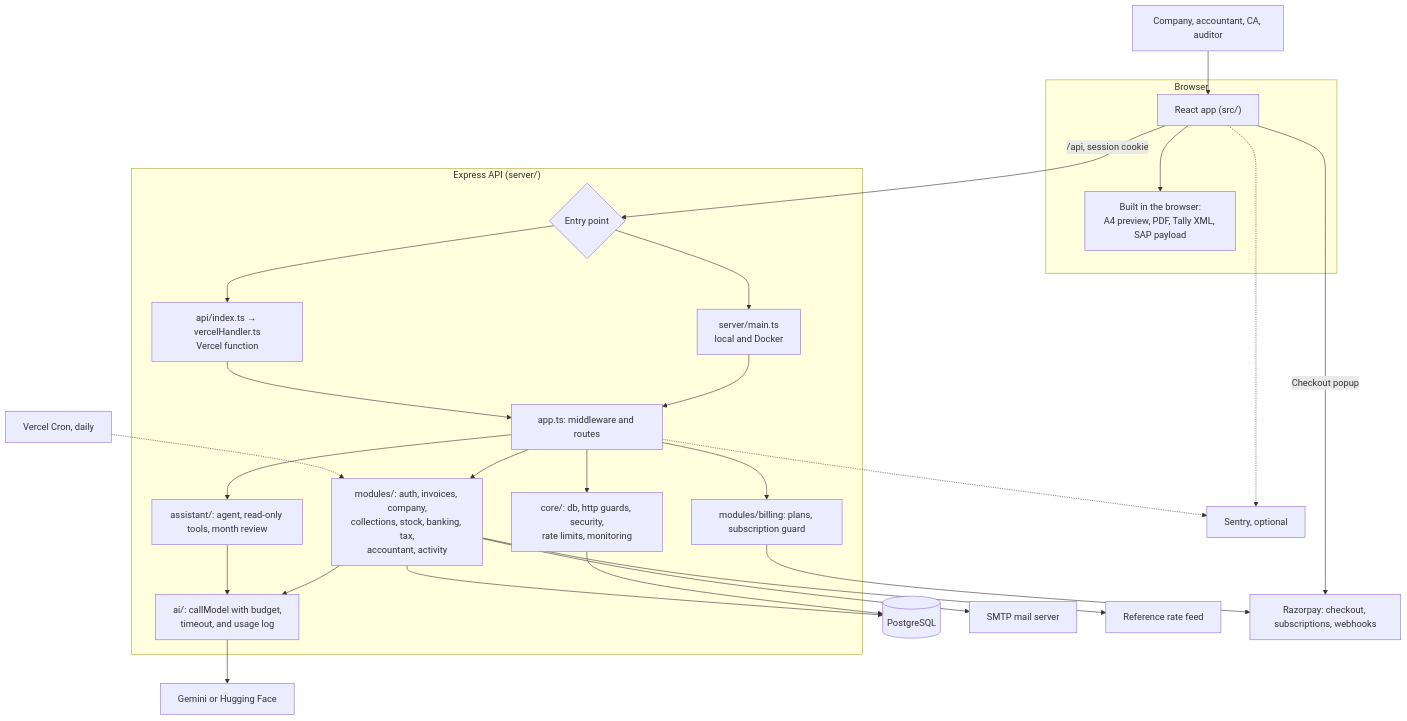
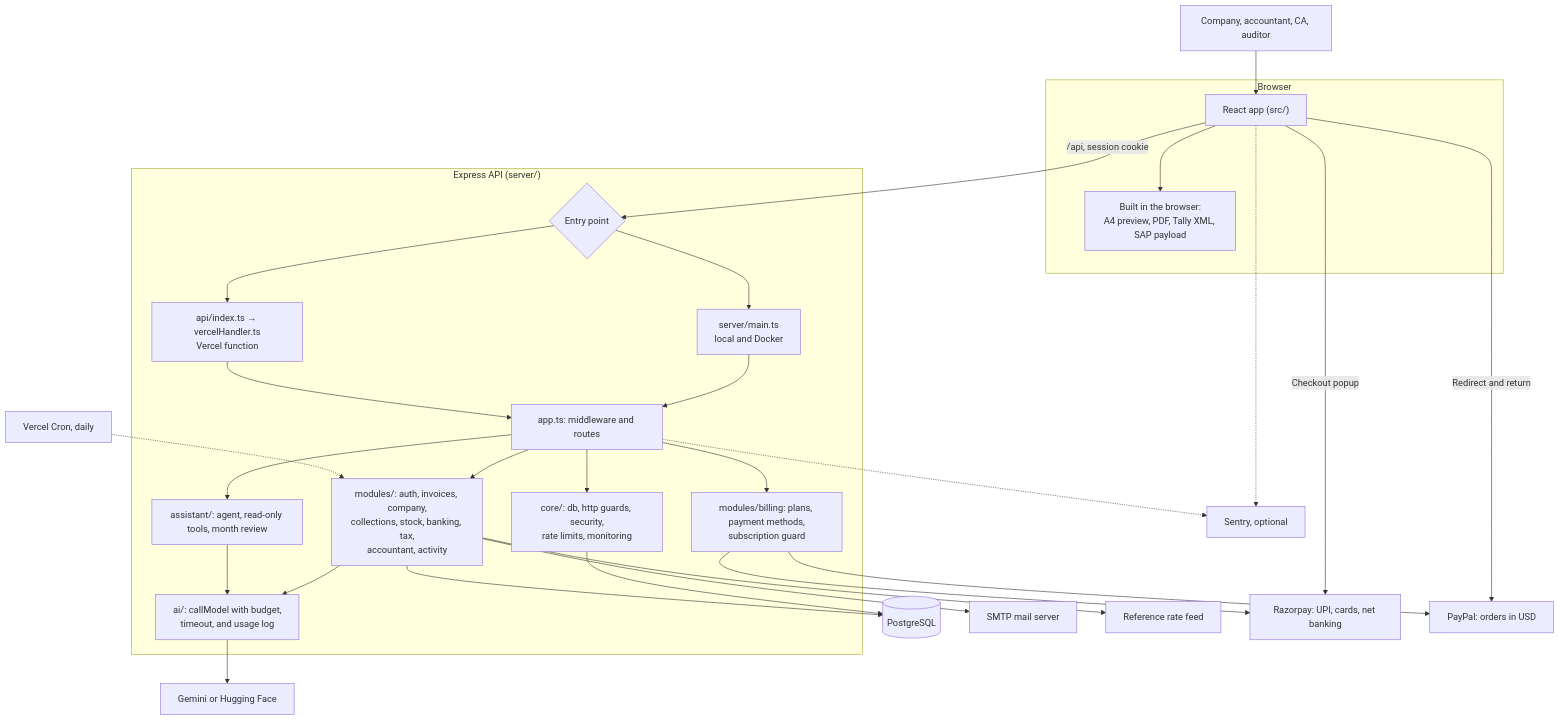
Before and after one commit to ladkrutarth/diamledger: the first of 7 diagrams in README.md, drawn with Mermaid. The commit also changed other lines of this file and 25 other files, not shown here.

````diff
--- a/README.md
+++ b/README.md
@@ -94,38 +98,40 @@
 ```mermaid
 flowchart TB
   user["Company, accountant, CA, auditor"] --> spa
 
   subgraph Browser
     spa["React app (src/)"]
     files["Built in the browser:<br/>A4 preview, PDF, Tally XML, SAP payload"]
     spa --> files
   end
 
   spa -- "/api, session cookie" --> entry
 
   subgraph Server["Express API (server/)"]
     entry{"Entry point"}
     entry --> local["server/main.ts<br/>local and Docker"]
     entry --> vercel["api/index.ts → vercelHandler.ts<br/>Vercel function"]
     local --> app
     vercel --> app
     app["app.ts: middleware and routes"]
     app --> core["core/: db, http guards, security,<br/>rate limits, monitoring"]
     app --> modules["modules/: auth, invoices, company,<br/>collections, stock, banking, tax,<br/>accountant, activity"]
     app --> assistant["assistant/: agent, read-only tools, month review"]
-    app --> billing["modules/billing: plans, subscription guard"]
+    app --> billing["modules/billing: plans, payment methods,<br/>subscription guard"]
     modules --> ai["ai/: callModel with budget,<br/>timeout, and usage log"]
     assistant --> ai
   end
 
   core --> db[("PostgreSQL")]
   modules --> db
   ai --> llm["Gemini or Hugging Face"]
   modules --> smtp["SMTP mail server"]
   modules --> rates["Reference rate feed"]
-  billing --> razorpay["Razorpay: checkout, subscriptions, webhooks"]
+  billing --> razorpay["Razorpay: UPI, cards, net banking"]
+  billing --> paypal["PayPal: orders in USD"]
   spa -- "Checkout popup" --> razorpay
+  spa -- "Redirect and return" --> paypal
   cron["Vercel Cron, daily"] -.-> modules
   app -.-> sentry["Sentry, optional"]
   spa -.-> sentry
 ```
````
